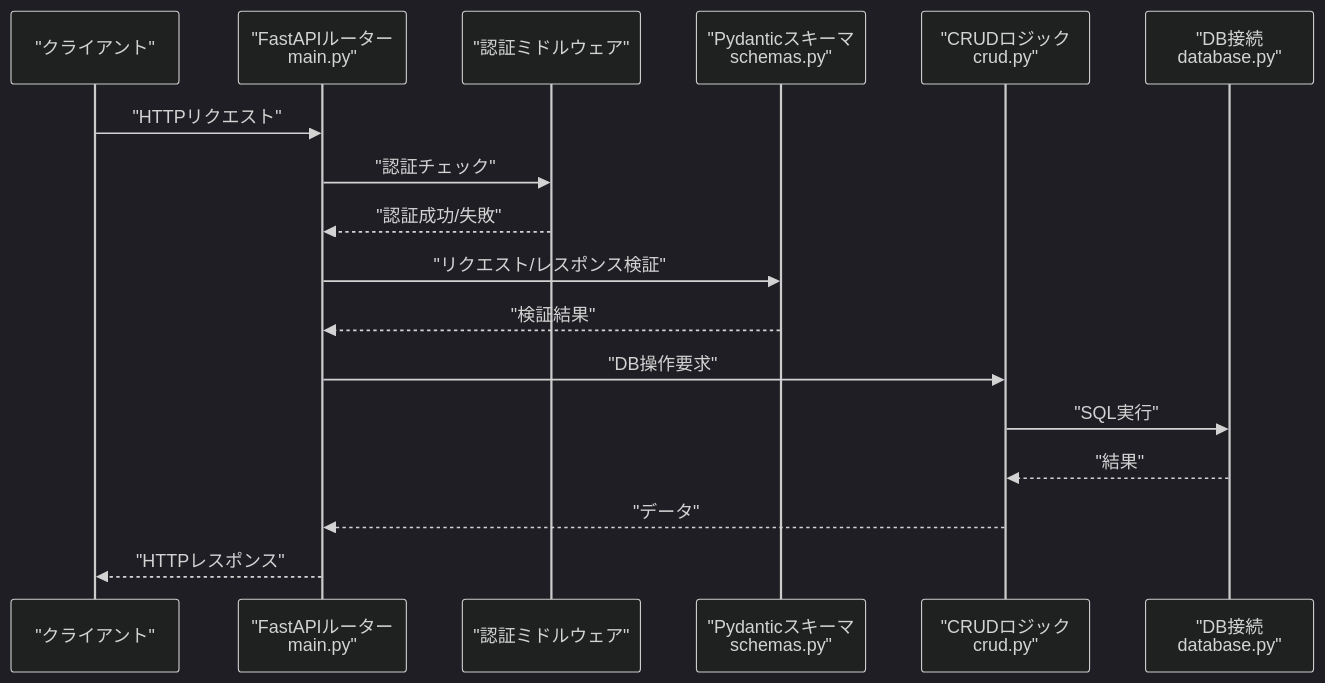
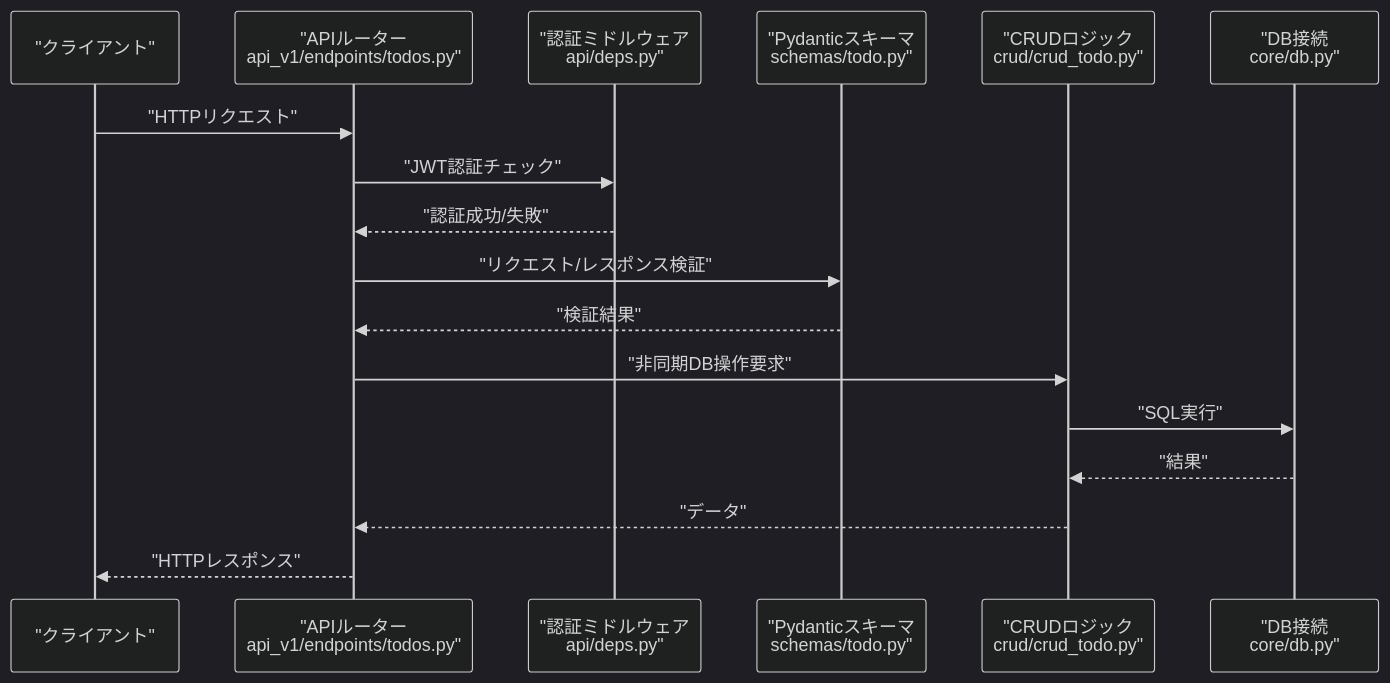
One commit to ss8806/Todos changed the second of 7 diagrams in .qoder/repowiki/ja/content/APIリファレンス/TODO管理API.md. Above: the diagram before and after it, drawn with Mermaid (dark theme). The commit also changed other lines of this file and 6 other files, not shown here.

````diff
--- a/.qoder/repowiki/ja/content/APIリファレンス/TODO管理API.md
+++ b/.qoder/repowiki/ja/content/APIリファレンス/TODO管理API.md
@@ -113,19 +151,19 @@
 ```mermaid
 sequenceDiagram
 participant Client as "クライアント"
-participant API as "FastAPIルーター<br/>main.py"
-participant Auth as "認証ミドルウェア"
-participant Schema as "Pydanticスキーマ<br/>schemas.py"
-participant CRUD as "CRUDロジック<br/>crud.py"
-participant DB as "DB接続<br/>database.py"
-Client->>API : "HTTPリクエスト"
-API->>Auth : "認証チェック"
-Auth-->>API : "認証成功/失敗"
-API->>Schema : "リクエスト/レスポンス検証"
-Schema-->>API : "検証結果"
-API->>CRUD : "DB操作要求"
+participant Router as "APIルーター<br/>api_v1/endpoints/todos.py"
+participant Auth as "認証ミドルウェア<br/>api/deps.py"
+participant Schema as "Pydanticスキーマ<br/>schemas/todo.py"
+participant CRUD as "CRUDロジック<br/>crud/crud_todo.py"
+participant DB as "DB接続<br/>core/db.py"
+Client->>Router : "HTTPリクエスト"
+Router->>Auth : "JWT認証チェック"
+Auth-->>Router : "認証成功/失敗"
+Router->>Schema : "リクエスト/レスポンス検証"
+Schema-->>Router : "検証結果"
+Router->>CRUD : "非同期DB操作要求"
 CRUD->>DB : "SQL実行"
 DB-->>CRUD : "結果"
-CRUD-->>API : "データ"
-API-->>Client : "HTTPレスポンス"
+CRUD-->>Router : "データ"
+Router-->>Client : "HTTPレスポンス"
 ```
````
